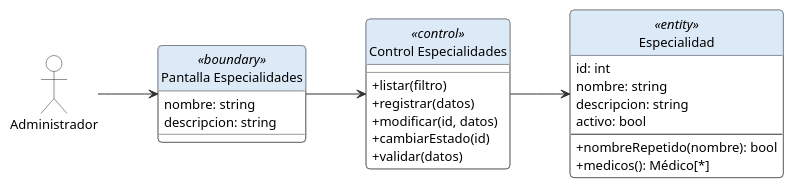
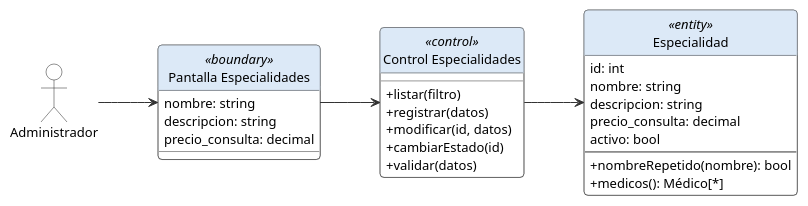
The diagram in docs/uml/plantuml/clases_cu4.puml (ronaldflores2004/VidaSalud), drawn with PlantUML before and after one commit. The commit also changed 42 other files, not shown here.

First line of the commit message:
Documento: diagramas UML actualizados con P7 (CU21 Pagar ficha, CU22 Notificaciones)

```diff
--- a/docs/uml/plantuml/clases_cu4.puml
+++ b/docs/uml/plantuml/clases_cu4.puml
@@ -1,63 +1,65 @@
 @startuml
 
 set separator none
 skinparam backgroundColor white
 skinparam defaultFontName Arial
 skinparam defaultFontSize 13
 skinparam shadowing false
 skinparam ArrowColor #333333
 skinparam ActorBorderColor #222222
 skinparam ActorBackgroundColor #FFFFFF
 skinparam UsecaseBorderColor #1F4E79
 skinparam UsecaseBackgroundColor #DCE9F7
 skinparam PackageBorderColor #333333
 skinparam PackageBackgroundColor #FFFFFF
 skinparam ClassBorderColor #333333
 skinparam ClassBackgroundColor #FFFFFF
 skinparam ClassHeaderBackgroundColor #DCE9F7
 skinparam NoteBackgroundColor #FFF8DC
 skinparam RectangleBorderColor #333333
 skinparam NodeBorderColor #1F4E79
 skinparam NodeBackgroundColor #F3F8FD
 skinparam ArtifactBackgroundColor #FFFFFF
 skinparam DatabaseBackgroundColor #DCE9F7
 skinparam SequenceLifeLineBorderColor #888888
 skinparam SequenceParticipantBackgroundColor #DCE9F7
 skinparam SequenceParticipantBorderColor #1F4E79
 skinparam ParticipantPadding 12
 skinparam BoundaryBackgroundColor #DCE9F7
 skinparam ControlBackgroundColor #DCE9F7
 skinparam EntityBackgroundColor #DCE9F7
 skinparam BoundaryBorderColor #1F4E79
 skinparam ControlBorderColor #1F4E79
 skinparam EntityBorderColor #1F4E79
 skinparam roundcorner 8
 allowmixing
 left to right direction
 hide circle
 skinparam classAttributeIconSize 0
 actor "Administrador" as A
 class "Pantalla Especialidades" as B <<boundary>> {
   nombre: string
   descripcion: string
+  precio_consulta: decimal
 }
 class "Control Especialidades" as C <<control>> {
   + listar(filtro)
   + registrar(datos)
   + modificar(id, datos)
   + cambiarEstado(id)
   + validar(datos)
 }
 class "Especialidad" as E0 <<entity>> {
   id: int
   nombre: string
   descripcion: string
+  precio_consulta: decimal
   activo: bool
   --
   + nombreRepetido(nombre): bool
   + medicos(): Médico[*]
 }
 A --> B
 B --> C
 C --> E0
 @enduml
```
